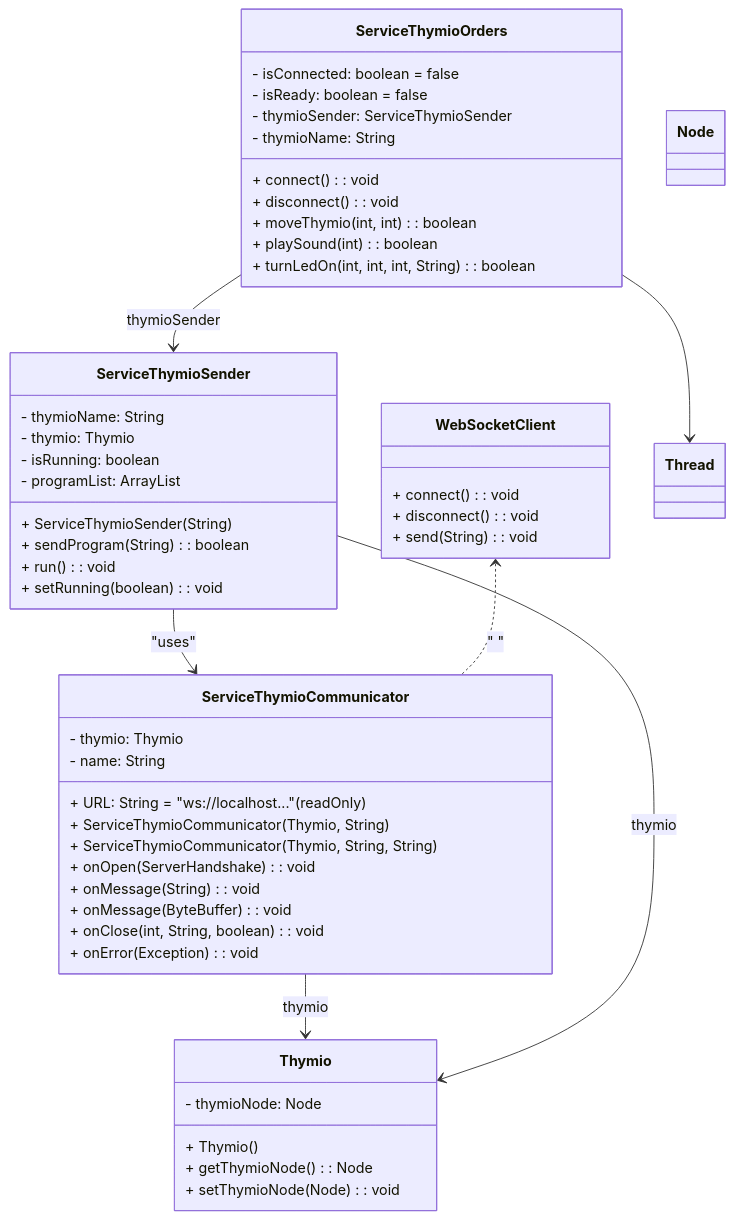
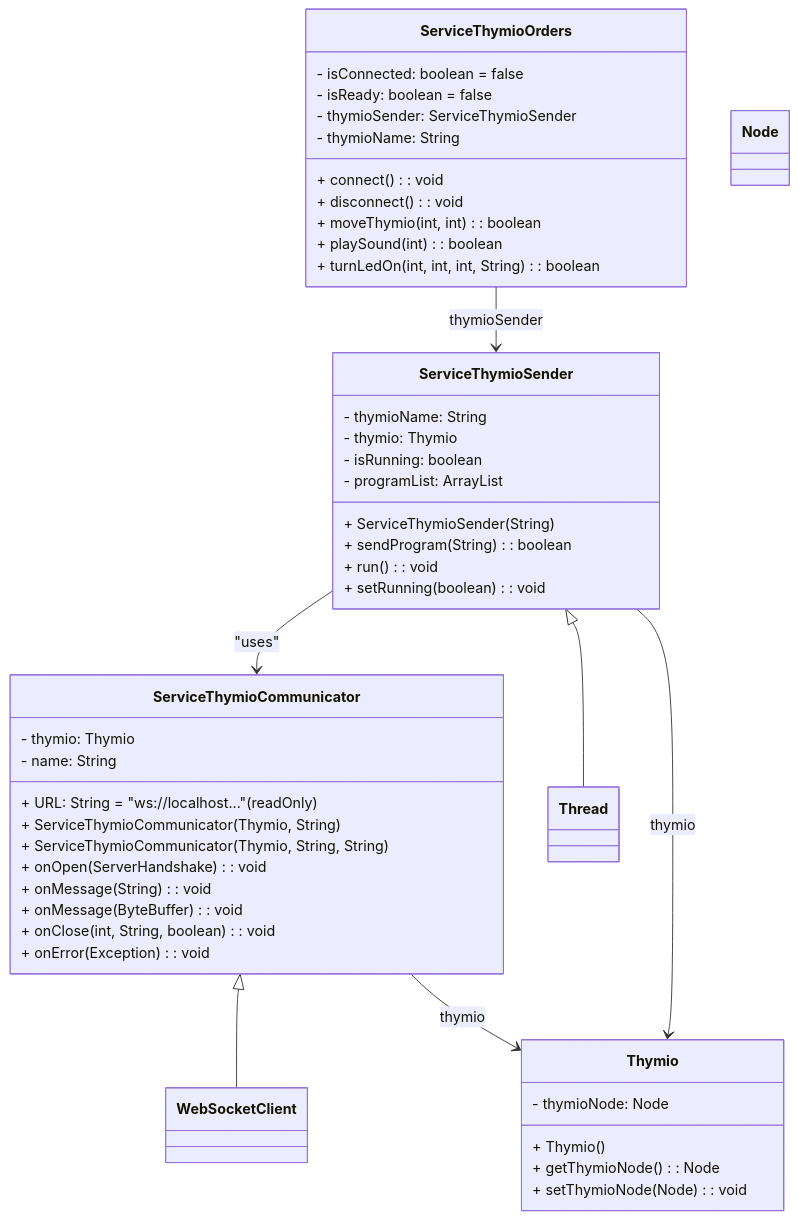
Before and after one commit to emf-info/EMFThymioJava: the diagram in README.md, drawn with Mermaid.

````diff
--- a/README.md
+++ b/README.md
@@ -39,64 +39,61 @@
 ```mermaid
 classDiagram
     class ServiceThymioOrders {
         - isConnected: boolean = false
         - isReady: boolean = false
         - thymioSender: ServiceThymioSender
         - thymioName: String
         + connect(): void
         + disconnect(): void
         + moveThymio(int, int): boolean
         + playSound(int): boolean
         + turnLedOn(int, int, int, String): boolean
     }
 
     class ServiceThymioSender {
         - thymioName: String
         - thymio: Thymio
         - isRunning: boolean
         - programList: ArrayList<String>
         + ServiceThymioSender(String)
         + sendProgram(String): boolean
         + run(): void
         + setRunning(boolean): void
     }
 
     class ServiceThymioCommunicator {
         + URL: String = "ws://localhost..." (readOnly)
         - thymio: Thymio
         - name: String
         + ServiceThymioCommunicator(Thymio, String)
         + ServiceThymioCommunicator(Thymio, String, String)
         + onOpen(ServerHandshake): void
         + onMessage(String): void
         + onMessage(ByteBuffer): void
         + onClose(int, String, boolean): void
         + onError(Exception): void
     }
 
     class WebSocketClient {
-        + connect(): void
-        + disconnect(): void
-        + send(String): void
     }
 
     class Thread {
     }
 
     class Thymio {
         - thymioNode: Node
         + Thymio()
         + getThymioNode(): Node
         + setThymioNode(Node): void
     }
 
     class Node {
     }
 
     ServiceThymioOrders --> ServiceThymioSender : thymioSender
+    ServiceThymioSender <|-- Thread
+    ServiceThymioCommunicator <|-- WebSocketClient
     ServiceThymioSender --> ServiceThymioCommunicator : "uses"
     ServiceThymioCommunicator --> Thymio : thymio
     ServiceThymioSender --> Thymio : thymio
-    WebSocketClient <.. ServiceThymioCommunicator : " "
-    ServiceThymioOrders --> Thread
 ```
````
